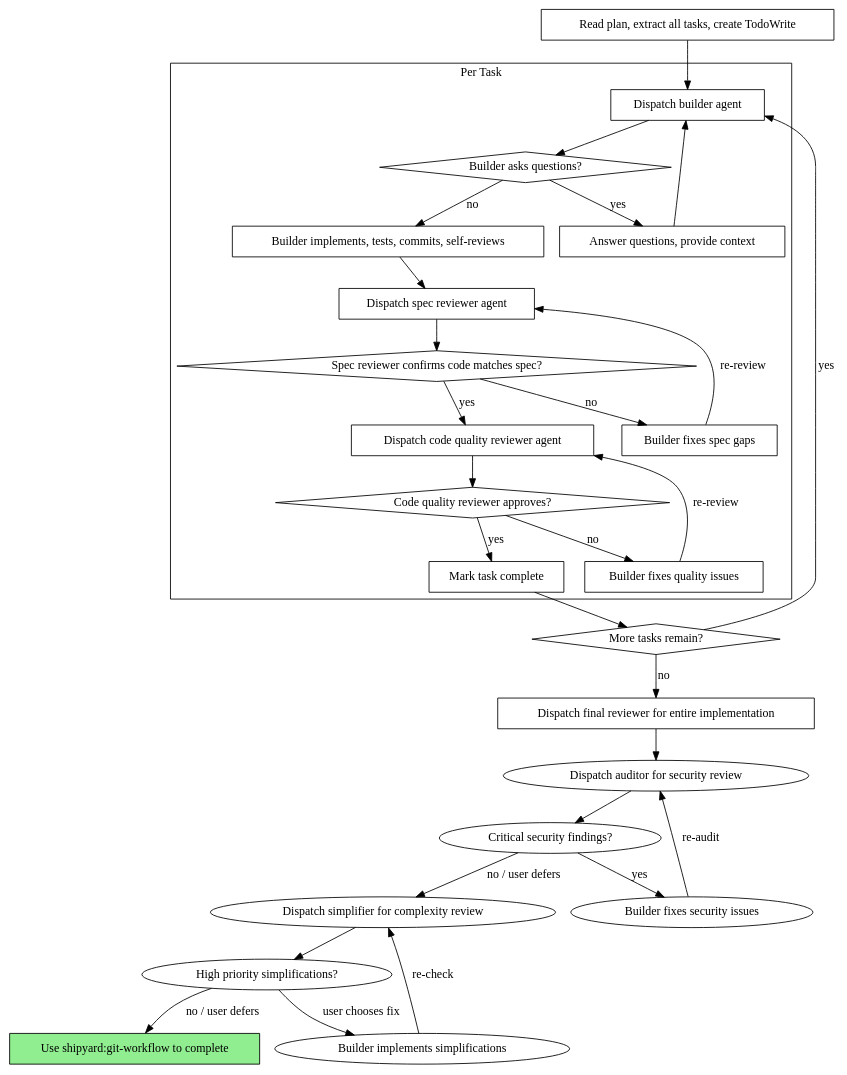
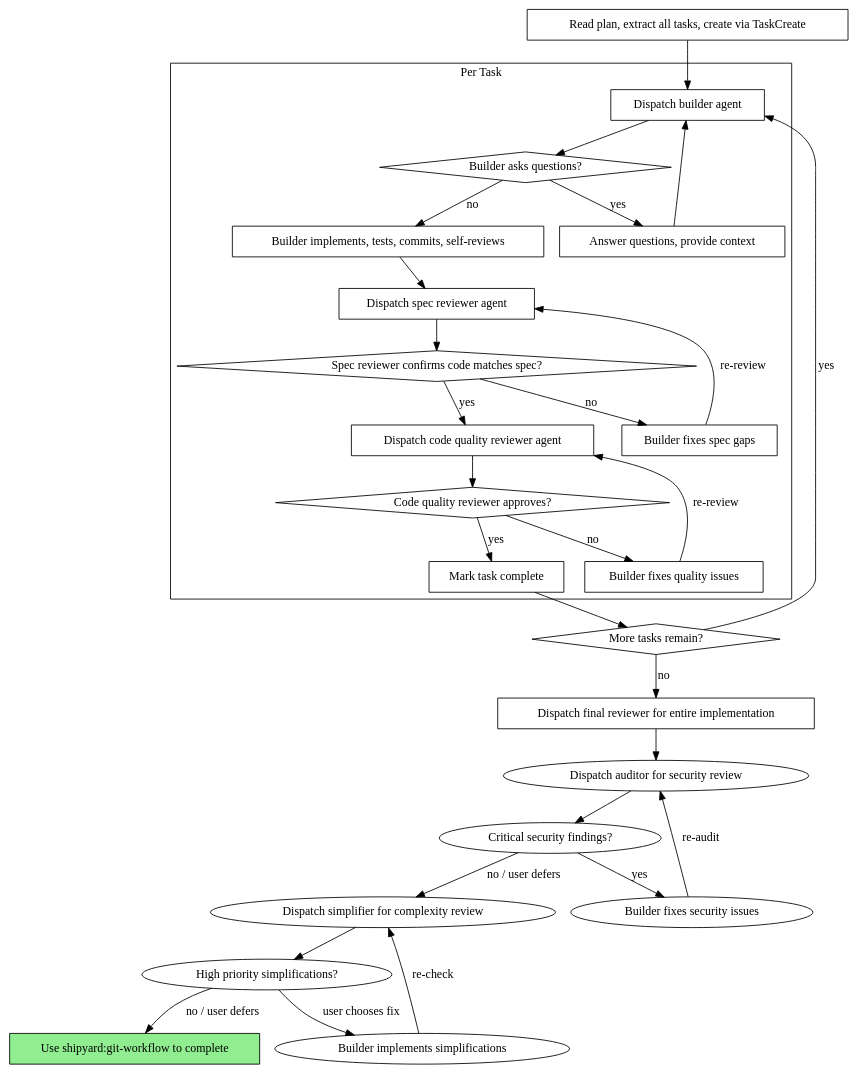
The second of 2 diagrams in skills/shipyard-executing-plans/SKILL.md (lgbarn/shipyard), drawn with Graphviz before and after one commit. The commit also changed other lines of this file and 14 other files, not shown here.

````diff
--- a/skills/shipyard-executing-plans/SKILL.md
+++ b/skills/shipyard-executing-plans/SKILL.md
@@ -63,52 +63,52 @@
 ```dot
 digraph process {
     rankdir=TB;
 
     subgraph cluster_per_task {
         label="Per Task";
         "Dispatch builder agent" [shape=box];
         "Builder asks questions?" [shape=diamond];
         "Answer questions, provide context" [shape=box];
         "Builder implements, tests, commits, self-reviews" [shape=box];
         "Dispatch spec reviewer agent" [shape=box];
         "Spec reviewer confirms code matches spec?" [shape=diamond];
         "Builder fixes spec gaps" [shape=box];
         "Dispatch code quality reviewer agent" [shape=box];
         "Code quality reviewer approves?" [shape=diamond];
         "Builder fixes quality issues" [shape=box];
         "Mark task complete" [shape=box];
     }
 
-    "Read plan, extract all tasks, create TodoWrite" [shape=box];
+    "Read plan, extract all tasks, create via TaskCreate" [shape=box];
     "More tasks remain?" [shape=diamond];
     "Dispatch final reviewer for entire implementation" [shape=box];
     "Use shipyard:git-workflow to complete" [shape=box style=filled fillcolor=lightgreen];
 
-    "Read plan, extract all tasks, create TodoWrite" -> "Dispatch builder agent";
+    "Read plan, extract all tasks, create via TaskCreate" -> "Dispatch builder agent";
     "Dispatch builder agent" -> "Builder asks questions?";
     "Builder asks questions?" -> "Answer questions, provide context" [label="yes"];
     "Answer questions, provide context" -> "Dispatch builder agent";
     "Builder asks questions?" -> "Builder implements, tests, commits, self-reviews" [label="no"];
     "Builder implements, tests, commits, self-reviews" -> "Dispatch spec reviewer agent";
     "Dispatch spec reviewer agent" -> "Spec reviewer confirms code matches spec?";
     "Spec reviewer confirms code matches spec?" -> "Builder fixes spec gaps" [label="no"];
     "Builder fixes spec gaps" -> "Dispatch spec reviewer agent" [label="re-review"];
     "Spec reviewer confirms code matches spec?" -> "Dispatch code quality reviewer agent" [label="yes"];
     "Dispatch code quality reviewer agent" -> "Code quality reviewer approves?";
     "Code quality reviewer approves?" -> "Builder fixes quality issues" [label="no"];
     "Builder fixes quality issues" -> "Dispatch code quality reviewer agent" [label="re-review"];
     "Code quality reviewer approves?" -> "Mark task complete" [label="yes"];
     "Mark task complete" -> "More tasks remain?";
     "More tasks remain?" -> "Dispatch builder agent" [label="yes"];
     "More tasks remain?" -> "Dispatch final reviewer for entire implementation" [label="no"];
     "Dispatch final reviewer for entire implementation" -> "Dispatch auditor for security review";
     "Dispatch auditor for security review" -> "Critical security findings?" [shape=diamond];
     "Critical security findings?" -> "Builder fixes security issues" [label="yes"];
     "Builder fixes security issues" -> "Dispatch auditor for security review" [label="re-audit"];
     "Critical security findings?" -> "Dispatch simplifier for complexity review" [label="no / user defers"];
     "Dispatch simplifier for complexity review" -> "High priority simplifications?" [shape=diamond];
     "High priority simplifications?" -> "Builder implements simplifications" [label="user chooses fix"];
     "Builder implements simplifications" -> "Dispatch simplifier for complexity review" [label="re-check"];
     "High priority simplifications?" -> "Use shipyard:git-workflow to complete" [label="no / user defers"];
 }
 ```
````
